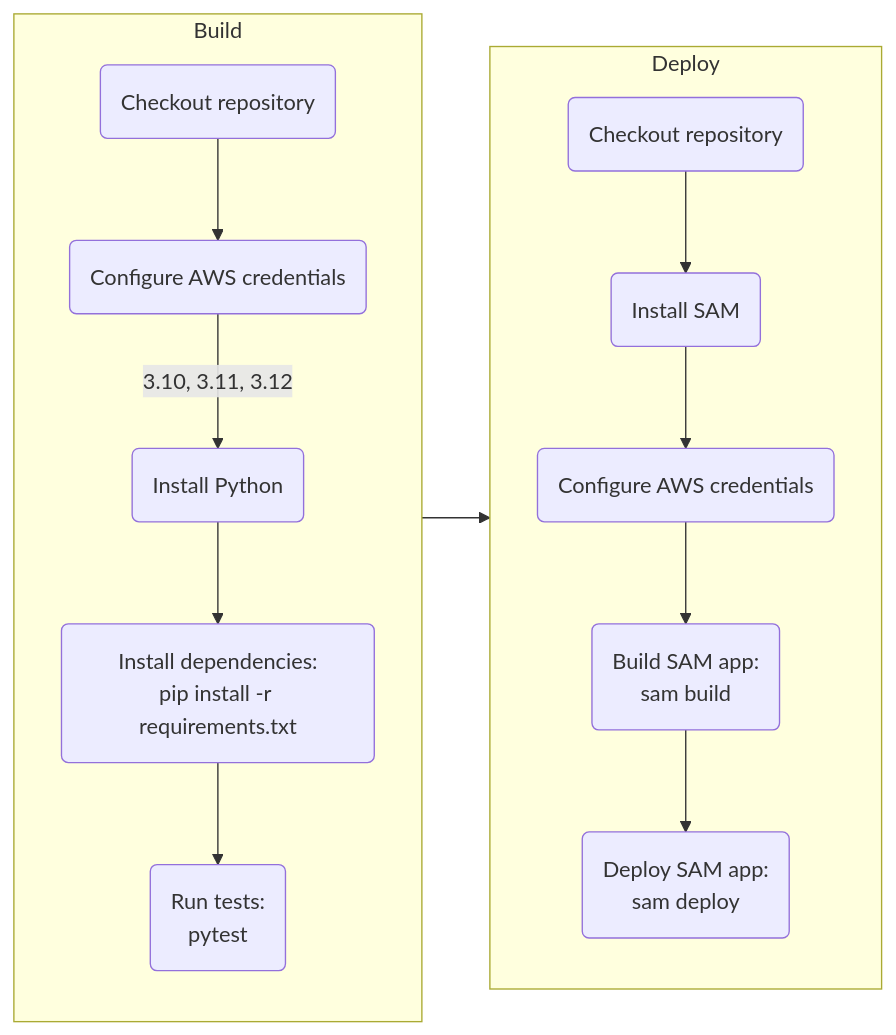
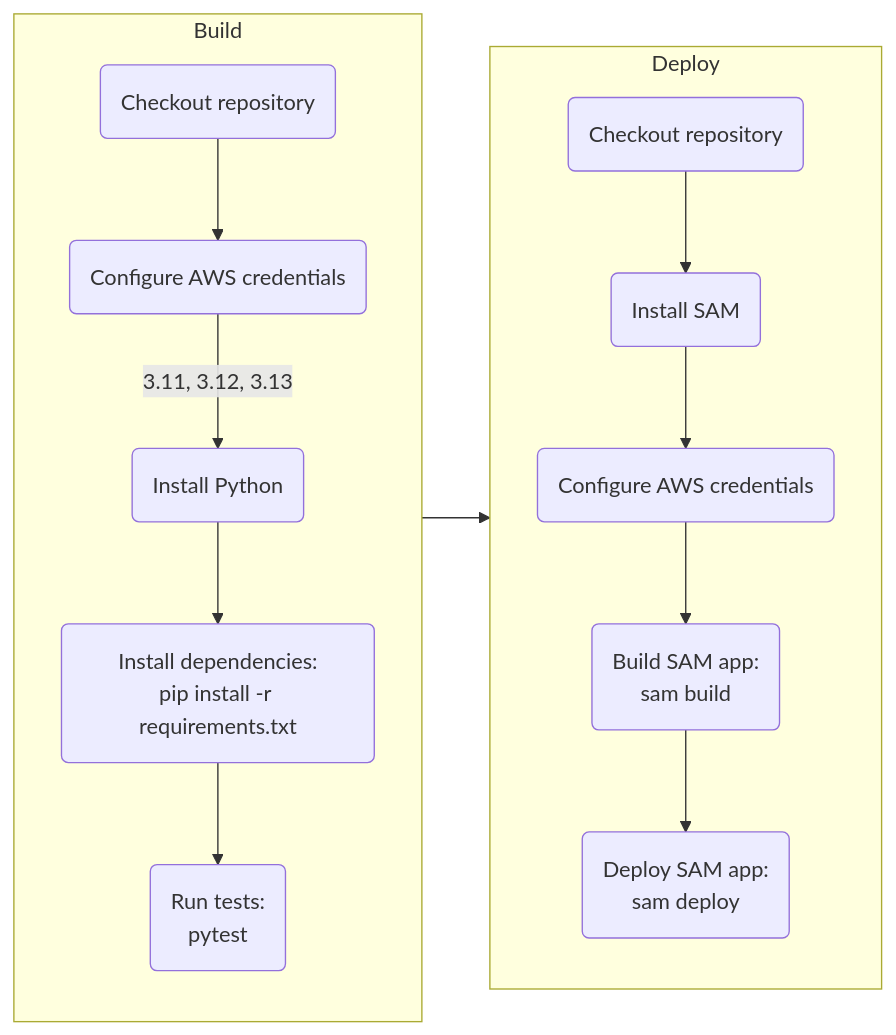
The second of 4 diagrams in README.md (Abhiek187/aws-shop), drawn with Mermaid before and after one commit. The commit also changed 5 other files, not shown here.

````diff
--- a/README.md
+++ b/README.md
@@ -83,21 +83,21 @@
 ```mermaid
 flowchart LR
 
 A --> B
 
 subgraph A [Build]
 direction TB
 C(Checkout repository) --> D(Configure AWS credentials)
-D -->|3.10, 3.11, 3.12| E(Install Python)
+D -->|3.11, 3.12, 3.13| E(Install Python)
 E --> F(Install dependencies:<br>pip install -r requirements.txt)
 F --> G(Run tests:<br>pytest)
 end
 
 subgraph B [Deploy]
 direction TB
 H(Checkout repository) --> I(Install SAM)
 I --> J(Configure AWS credentials)
 J --> K(Build SAM app:<br>sam build)
 K --> L(Deploy SAM app:<br>sam deploy)
 end
 ```
````
